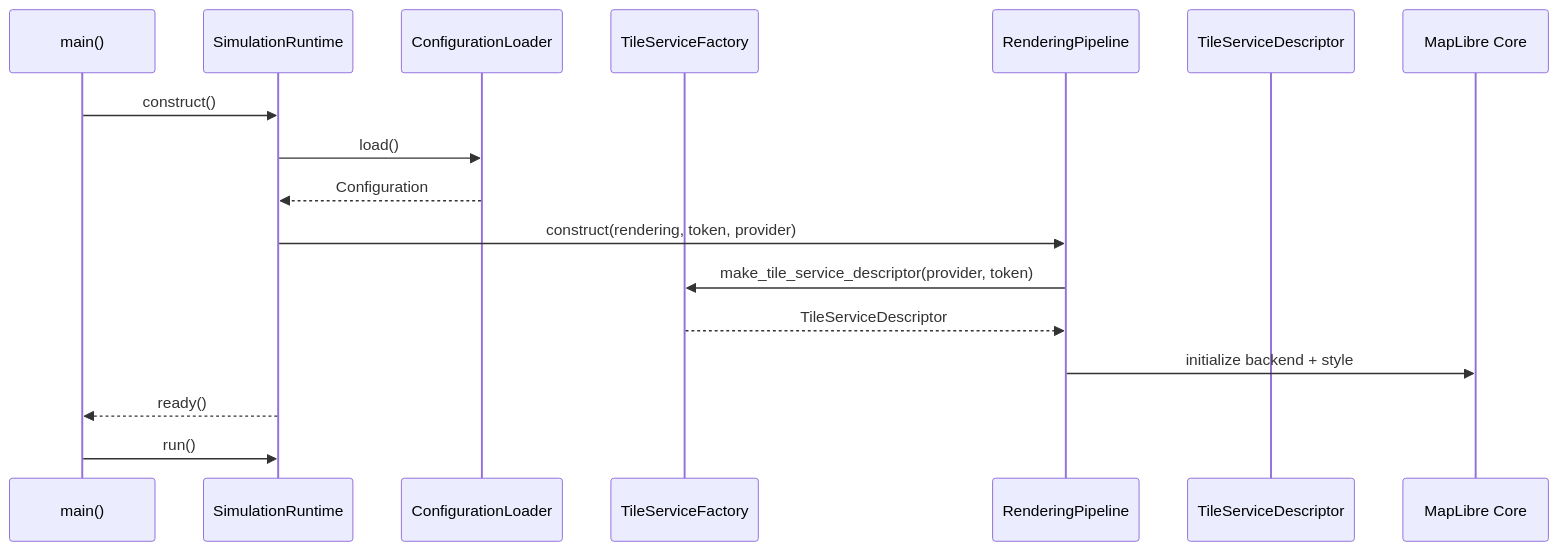
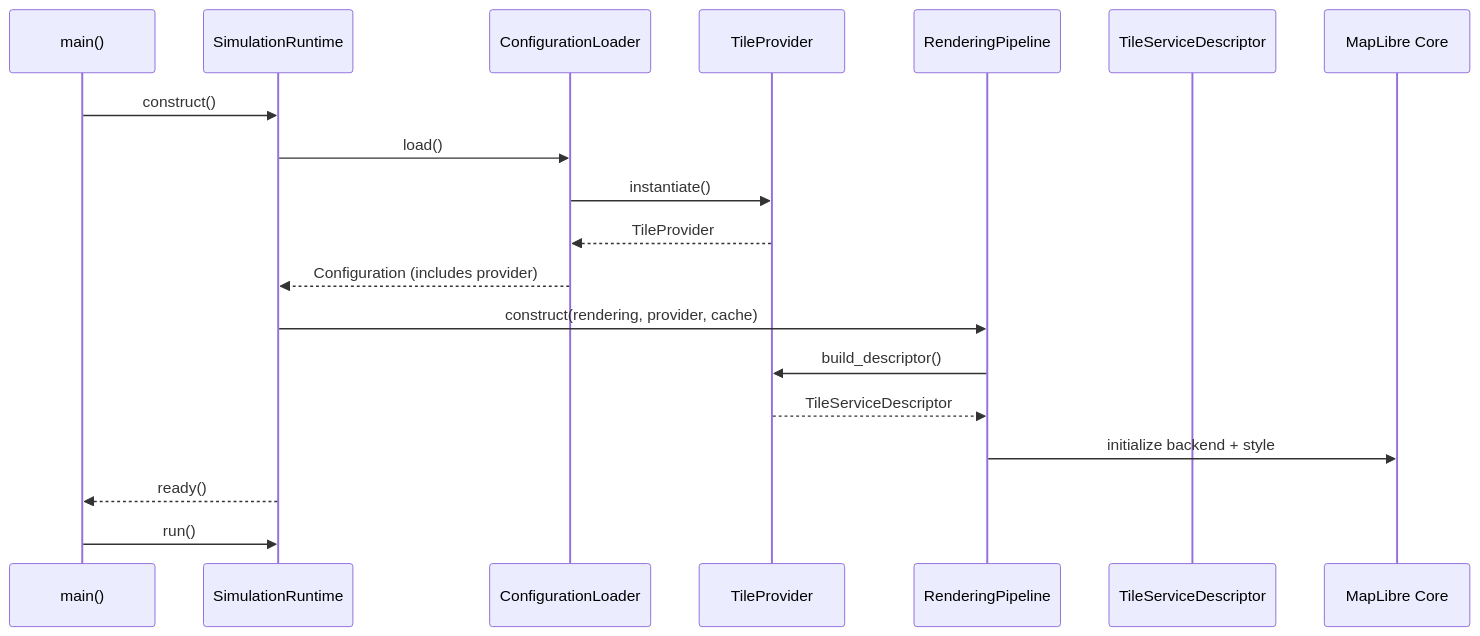
Before and after one commit to davecthomas/drone_swarm: the fourth of 5 diagrams in README.md, drawn with Mermaid. The commit also changed other lines of this file and 21 other files, not shown here.

````diff
--- a/README.md
+++ b/README.md
@@ -340,20 +341,22 @@
 ```mermaid
 sequenceDiagram
     participant Main as main()
     participant Runtime as SimulationRuntime
     participant Config as ConfigurationLoader
-    participant TileFactory as TileServiceFactory
+    participant Provider as TileProvider
     participant Renderer as RenderingPipeline
     participant TileSvc as TileServiceDescriptor
     participant MapLibre as MapLibre Core
 
     Main->>Runtime: construct()
     Runtime->>Config: load()
-    Config-->>Runtime: Configuration
-    Runtime->>Renderer: construct(rendering, token, provider)
-    Renderer->>TileFactory: make_tile_service_descriptor(provider, token)
-    TileFactory-->>Renderer: TileServiceDescriptor
+    Config->>Provider: instantiate()
+    Provider-->>Config: TileProvider
+    Config-->>Runtime: Configuration (includes provider)
+    Runtime->>Renderer: construct(rendering, provider, cache)
+    Renderer->>Provider: build_descriptor()
+    Provider-->>Renderer: TileServiceDescriptor
     Renderer->>MapLibre: initialize backend + style
     Runtime-->>Main: ready()
     Main->>Runtime: run()
 ```
````
